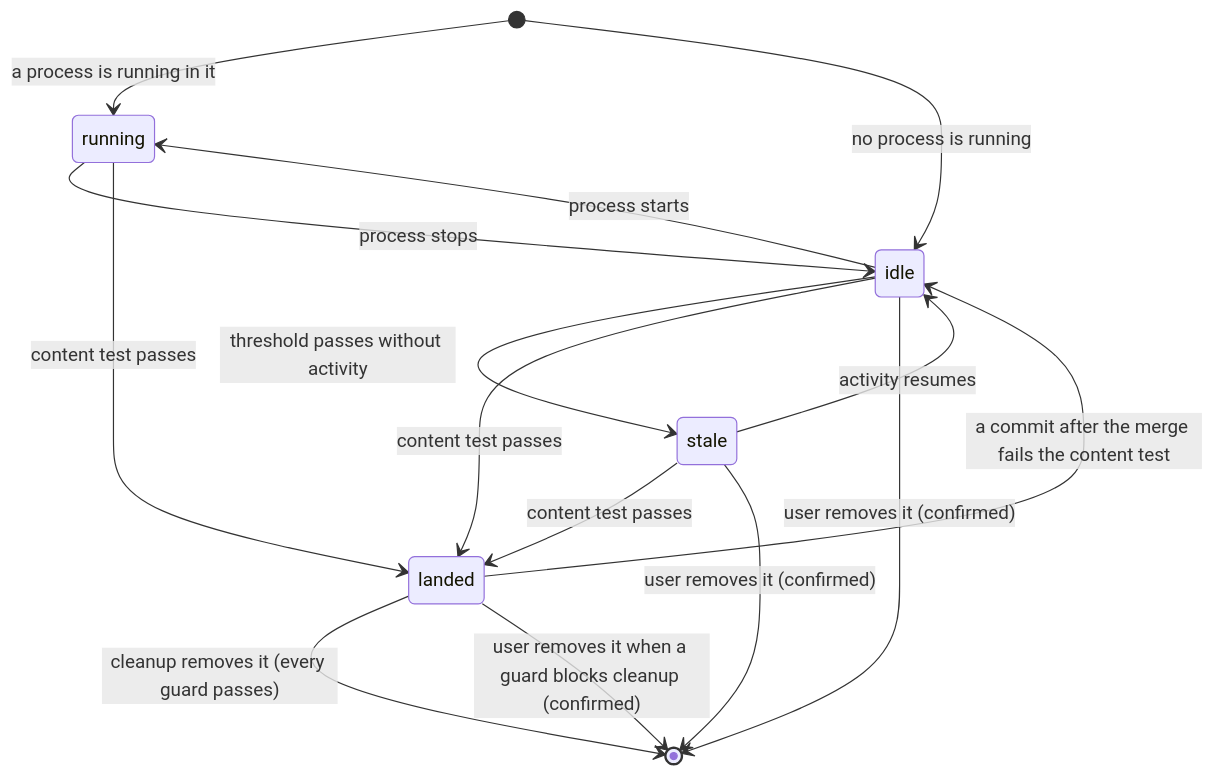
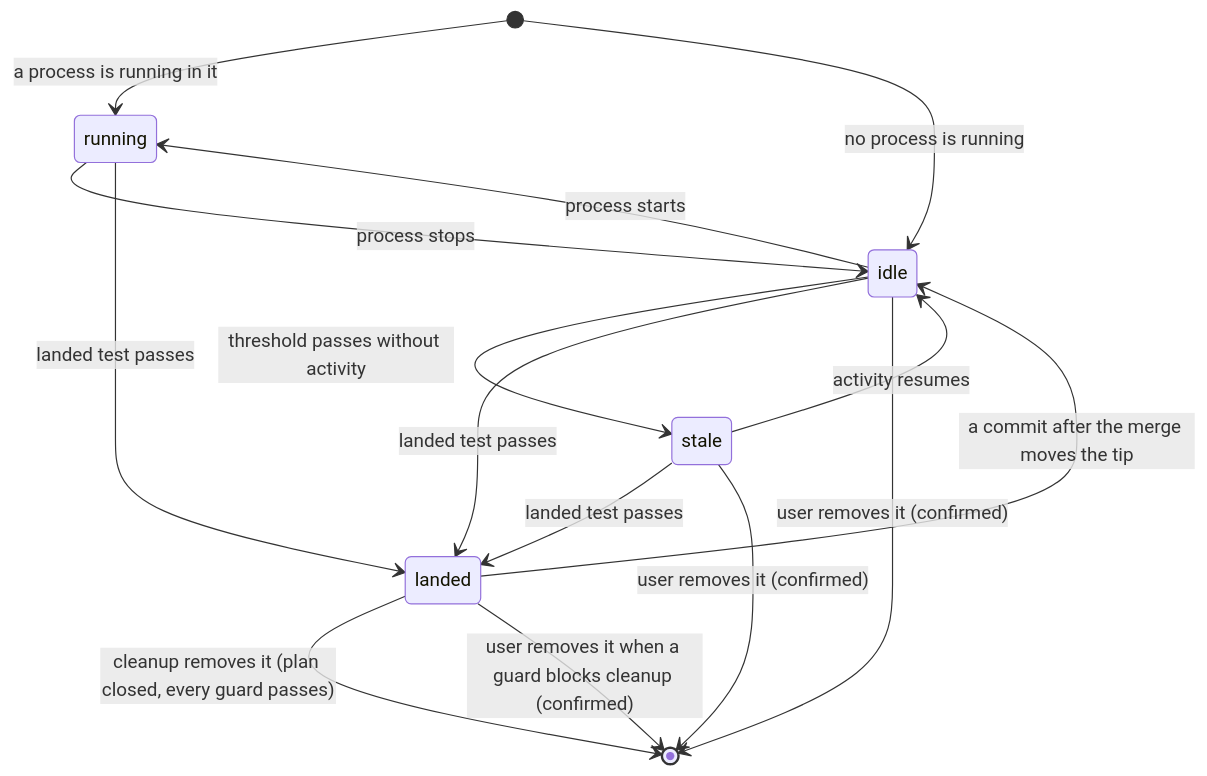
One commit to kirinmurphy/roborepo-alpha changed the second of 4 diagrams in docs/plans/backlog/git-worktree-lifecycle-cleanup.md. Above: the diagram before and after it, drawn with Mermaid. The commit also changed other lines of this file and 153 other files, not shown here.

````diff
--- a/docs/plans/backlog/git-worktree-lifecycle-cleanup.md
+++ b/docs/plans/backlog/git-worktree-lifecycle-cleanup.md
@@ -223,17 +303,17 @@
 ```mermaid
 stateDiagram-v2
     [*] --> running: a process is running in it
     [*] --> idle: no process is running
     running --> idle: process stops
     idle --> running: process starts
     idle --> stale: threshold passes without activity
     stale --> idle: activity resumes
-    idle --> landed: content test passes
-    stale --> landed: content test passes
-    running --> landed: content test passes
-    landed --> idle: a commit after the merge fails the content test
-    landed --> [*]: cleanup removes it (every guard passes)
+    idle --> landed: landed test passes
+    stale --> landed: landed test passes
+    running --> landed: landed test passes
+    landed --> idle: a commit after the merge moves the tip
+    landed --> [*]: cleanup removes it (plan closed, every guard passes)
     idle --> [*]: user removes it (confirmed)
     stale --> [*]: user removes it (confirmed)
     landed --> [*]: user removes it when a guard blocks cleanup (confirmed)
 ```
````
